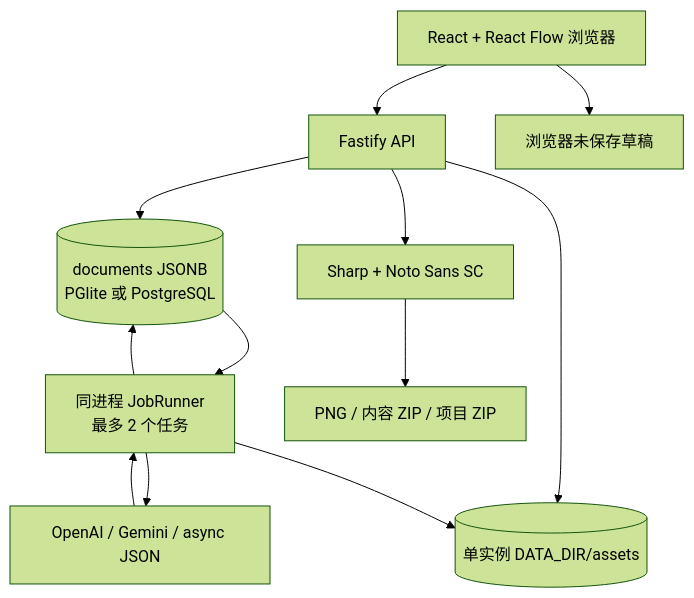
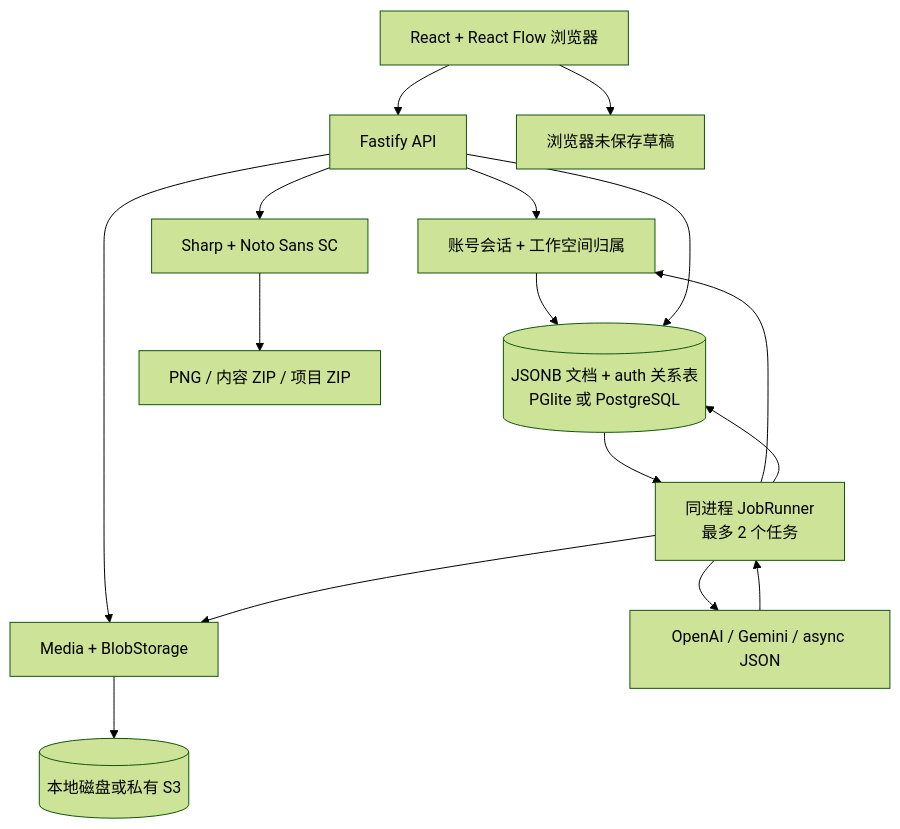
Before and after one commit to MilkFoam-L/zhizuo-studio: the first of 2 diagrams in docs/ARCHITECTURE.md, drawn with Mermaid (forest theme). The commit also changed other lines of this file and 31 other files, not shown here.

````diff
--- a/docs/ARCHITECTURE.md
+++ b/docs/ARCHITECTURE.md
@@ -11,14 +11,18 @@
 ```mermaid
 flowchart TB
     Web[React + React Flow 浏览器] --> API[Fastify API]
     Web --> Draft[浏览器未保存草稿]
-    API --> DB[(documents JSONB\nPGlite 或 PostgreSQL)]
-    API --> Disk[(单实例 DATA_DIR/assets)]
+    API --> Auth[账号会话 + 工作空间归属]
+    Auth --> DB[(JSONB 文档 + auth 关系表\nPGlite 或 PostgreSQL)]
+    API --> DB
+    API --> Media[Media + BlobStorage]
+    Media --> Blob[(本地磁盘或私有 S3)]
     DB --> Worker[同进程 JobRunner\n最多 2 个任务]
     Worker --> Provider[OpenAI / Gemini / async JSON]
     Provider --> Worker
-    Worker --> Disk
+    Worker --> Media
+    Worker --> Auth
     Worker --> DB
     API --> Render[Sharp + Noto Sans SC]
     Render --> Export[PNG / 内容 ZIP / 项目 ZIP]
 ```
````
